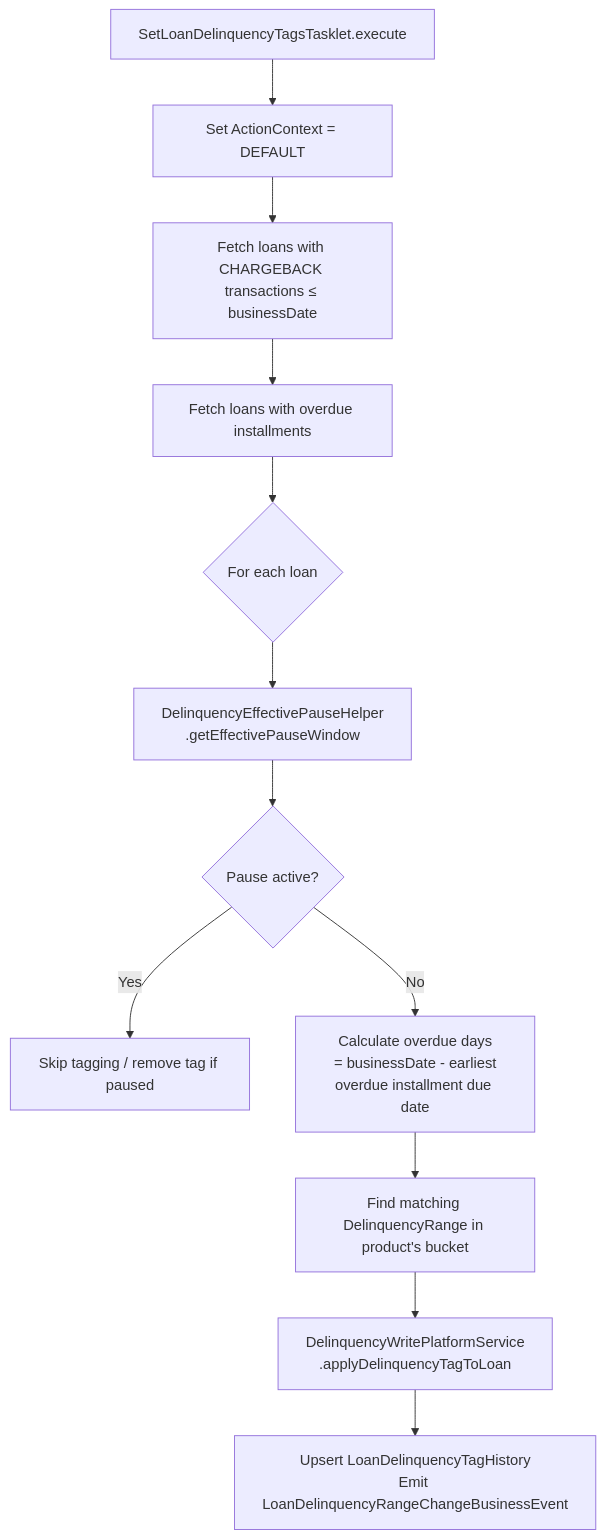
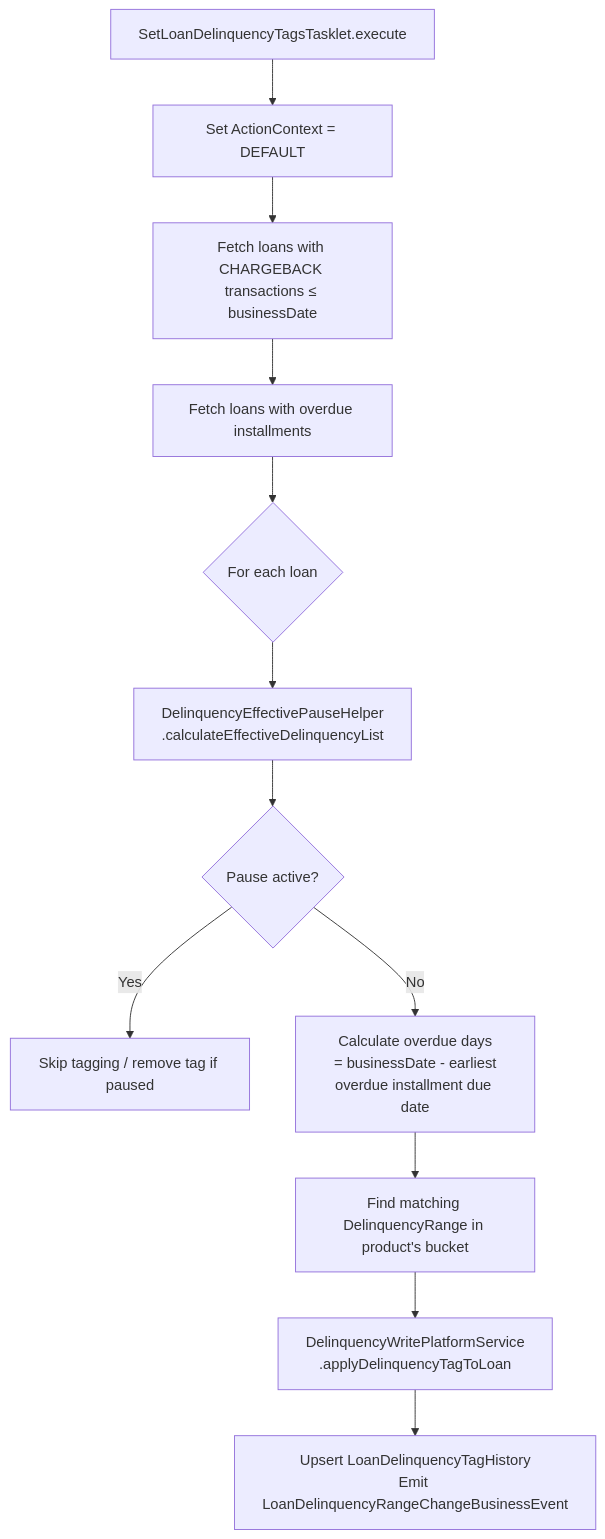
The diagram in loan/delinquency.mdx (mintlify-atlas/docs-wiki-011f043b), drawn with Mermaid before and after one commit. The commit also changed 24 other files, not shown here.

````diff
--- a/loan/delinquency.mdx
+++ b/loan/delinquency.mdx
@@ -216,14 +216,14 @@
 ```mermaid
 flowchart TD
     A[SetLoanDelinquencyTagsTasklet.execute] --> B[Set ActionContext = DEFAULT]
     B --> C[Fetch loans with CHARGEBACK transactions ≤ businessDate]
     C --> D[Fetch loans with overdue installments]
     D --> E{For each loan}
-    E --> F[DelinquencyEffectivePauseHelper\n.getEffectivePauseWindow]
+    E --> F[DelinquencyEffectivePauseHelper\n.calculateEffectiveDelinquencyList]
     F --> G{Pause active?}
     G -- Yes --> H[Skip tagging / remove tag if paused]
     G -- No --> I[Calculate overdue days\n = businessDate - earliest overdue installment due date]
     I --> J[Find matching DelinquencyRange in product's bucket]
     J --> K[DelinquencyWritePlatformService\n.applyDelinquencyTagToLoan]
     K --> L[Upsert LoanDelinquencyTagHistory\nEmit LoanDelinquencyRangeChangeBusinessEvent]
 ```
````
